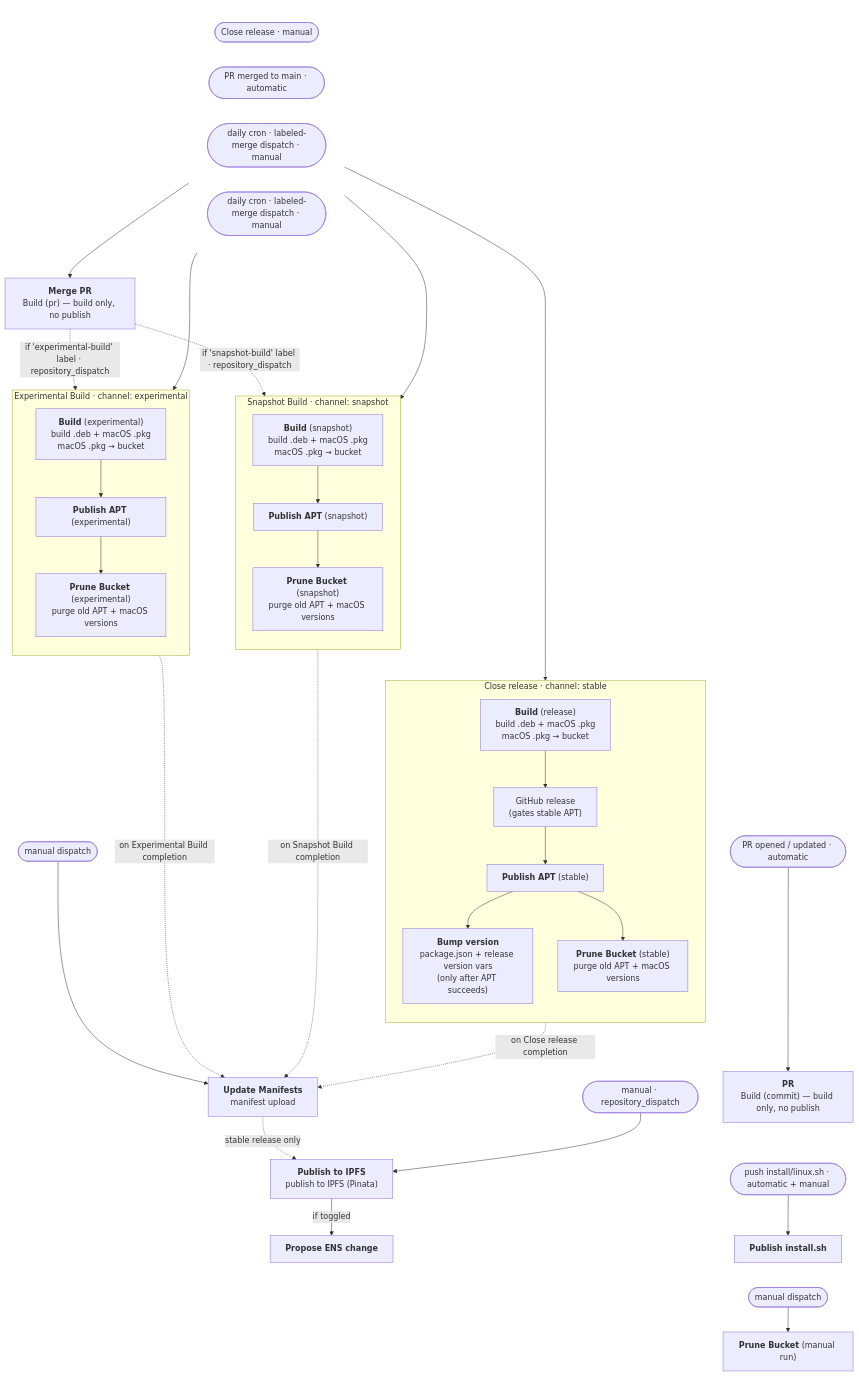
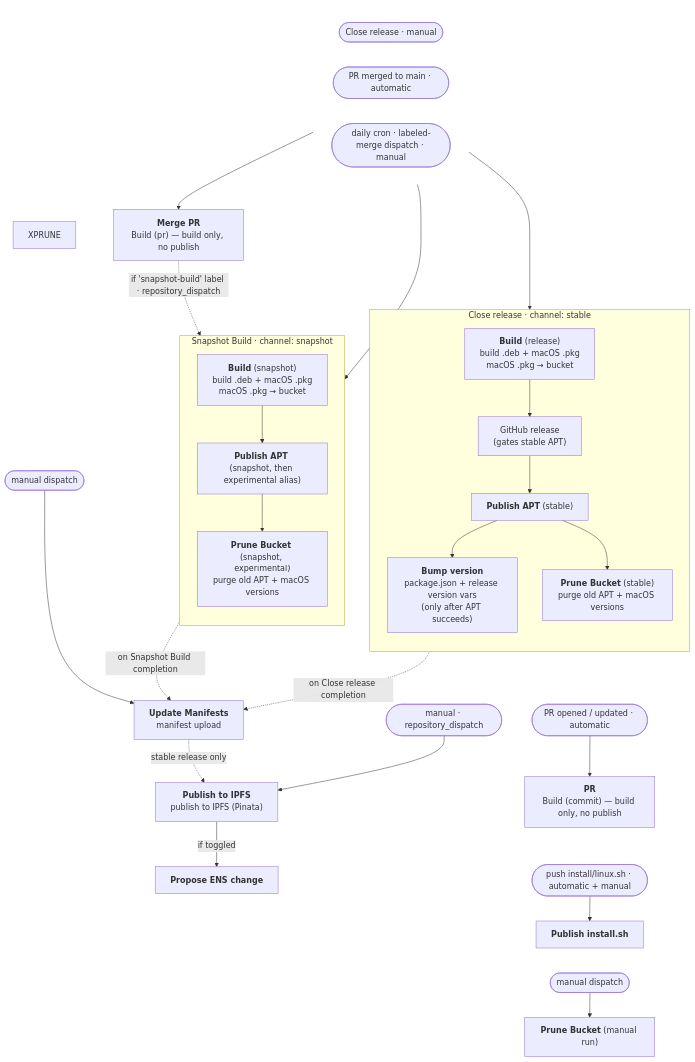
One commit to gnosis/gnosis_vpn changed the diagram in README.md. Above: the diagram before and after it, drawn with Mermaid. The commit also changed other lines of this file and 26 other files, not shown here.

First line of the commit message:
feat(release)!: build every channel from main, retire the experimental line (GNO-1325) (#825)

````diff
--- a/README.md
+++ b/README.md
@@ -523,69 +512,58 @@
 ```mermaid
 flowchart TD
     %% ---------------- Layout only: keep the three entry triggers on one row at the top ----------------
     %% A transparent subgraph laid out left-to-right pins its members to a single rank,
     %% regardless of how deep each trigger's downstream chain runs.
     subgraph TRIG[" "]
       direction LR
       trRel([Close release · manual])
       trMerge([PR merged to main · automatic])
       trSnap([daily cron · labeled-merge dispatch · manual])
-      trExp([daily cron · labeled-merge dispatch · manual])
     end
     style TRIG fill:transparent,stroke:transparent
 
     %% ---------------- Dev builds (no publish) ----------------
     trMerge --> MERGE["<b>Merge PR</b><br/>Build (pr) — build only, no publish"]
     MERGE -. "if 'snapshot-build' label · repository_dispatch" .-> NBUILD
-    MERGE -. "if 'experimental-build' label · repository_dispatch" .-> XBUILD
 
     %% ---------------- Stable channel ----------------
     trRel --> SBUILD
     subgraph S["Close release · channel: stable"]
       direction TB
       SBUILD["<b>Build</b> (release)<br/>build .deb + macOS .pkg<br/>macOS .pkg → bucket"] --> SGH["GitHub release<br/>(gates stable APT)"]
       SGH --> SAPT["<b>Publish APT</b> (stable)"]
       SAPT --> SBUMP["<b>Bump version</b><br/>package.json + release version vars<br/>(only after APT succeeds)"]
       SAPT --> SPRUNE["<b>Prune Bucket</b> (stable)<br/>purge old APT + macOS versions"]
     end
 
     %% ---------------- Snapshot channel ----------------
     trSnap --> NBUILD
     subgraph N["Snapshot Build · channel: snapshot"]
       direction TB
-      NBUILD["<b>Build</b> (snapshot)<br/>build .deb + macOS .pkg<br/>macOS .pkg → bucket"] --> NAPT["<b>Publish APT</b> (snapshot)"]
-      NAPT --> NPRUNE["<b>Prune Bucket</b> (snapshot)<br/>purge old APT + macOS versions"]
-    end
-
-    %% ---------------- Experimental channel ----------------
-    trExp --> XBUILD
-    subgraph X["Experimental Build · channel: experimental"]
-      direction TB
-      XBUILD["<b>Build</b> (experimental)<br/>build .deb + macOS .pkg<br/>macOS .pkg → bucket"] --> XAPT["<b>Publish APT</b> (experimental)"]
-      XAPT --> XPRUNE["<b>Prune Bucket</b> (experimental)<br/>purge old APT + macOS versions"]
+      NBUILD["<b>Build</b> (snapshot)<br/>build .deb + macOS .pkg<br/>macOS .pkg → bucket"] --> NAPT["<b>Publish APT</b> (snapshot, then experimental alias)"]
+      NAPT --> NPRUNE["<b>Prune Bucket</b> (snapshot, experimental)<br/>purge old APT + macOS versions"]
     end
 
     %% ---------------- Manifests → IPFS → ENS ----------------
     SPRUNE -. "on Close release completion" .-> MAN
     NPRUNE -. "on Snapshot Build completion" .-> MAN
-    XPRUNE -. "on Experimental Build completion" .-> MAN
     trMan([manual dispatch]) --> MAN["<b>Update Manifests</b><br/>manifest upload"]
     MAN -. "stable release only" .-> IPFS["<b>Publish to IPFS</b><br/>publish to IPFS (Pinata)"]
     trIpfs([manual · repository_dispatch]) --> IPFS
     IPFS -->|if toggled| ENS["<b>Propose ENS change</b>"]
 
     %% ---------------- Far-right column: PR build + standalone publishers ----------------
     trPR([PR opened / updated · automatic]) --> PR["<b>PR</b><br/>Build (commit) — build only, no publish"]
     trPush([push install/linux.sh · automatic + manual]) --> INSTALL["<b>Publish install.sh</b>"]
     trPruneM([manual dispatch]) --> PRUNEM["<b>Prune Bucket</b> (manual run)"]
 
     %% ---------------- Layout only: invisible links (~~~), no semantic meaning ----------------
     %% manifests group sits below the nightly groups
     XPRUNE ~~~ trMan
     %% attach the standalone column to the snapshot group's right so it packs far right,
     %% declared after trMan so it biases to the right of the manifests column
     NPRUNE ~~~ trPR
     %% stack the far-right column (PR build → install.sh → manual prune) top-to-bottom
     PR ~~~ trPush
     INSTALL ~~~ trPruneM
 ```
````
